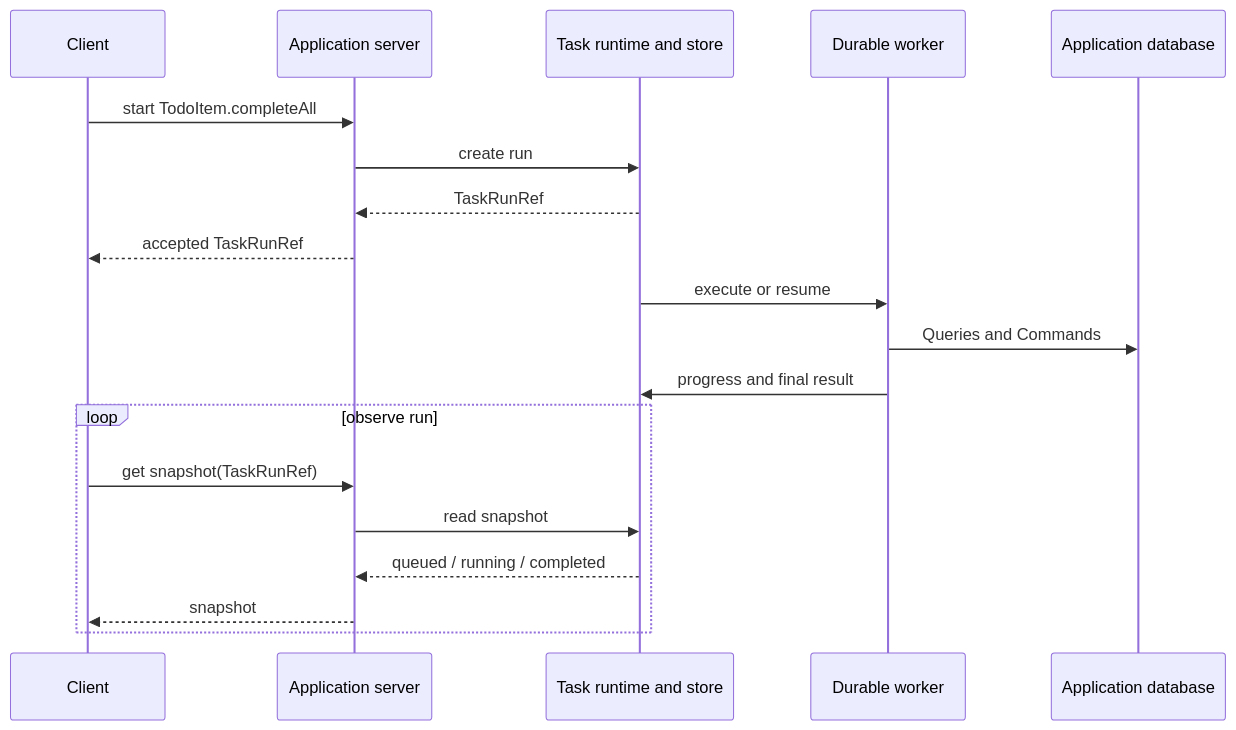
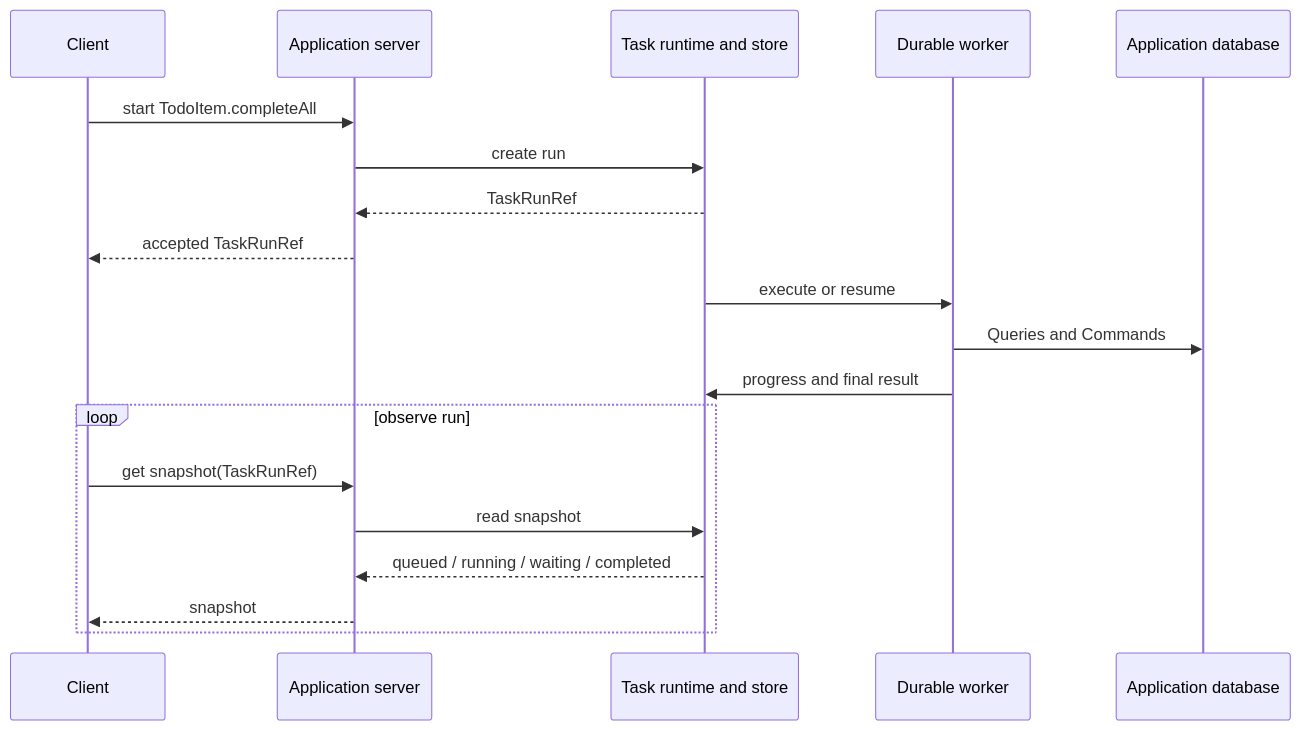
The diagram in docs/developers/02-core-concepts/09-durable-operations.md (javifernandes/ontahi), drawn with Mermaid before and after one commit. The commit also changed other lines of this file and 36 other files, not shown here.

````diff
--- a/docs/developers/02-core-concepts/09-durable-operations.md
+++ b/docs/developers/02-core-concepts/09-durable-operations.md
@@ -70,23 +74,23 @@
 ```mermaid
 sequenceDiagram
   participant Client
   participant Server as Application server
   participant Tasks as Task runtime and store
   participant Worker as Durable worker
   participant DB as Application database
 
   Client->>Server: start TodoItem.completeAll
   Server->>Tasks: create run
   Tasks-->>Server: TaskRunRef
   Server-->>Client: accepted TaskRunRef
   Tasks->>Worker: execute or resume
   Worker->>DB: Queries and Commands
   Worker->>Tasks: progress and final result
 
   loop observe run
     Client->>Server: get snapshot(TaskRunRef)
     Server->>Tasks: read snapshot
-    Tasks-->>Server: queued / running / completed
+    Tasks-->>Server: queued / running / waiting / completed
     Server-->>Client: snapshot
   end
 ```
````
